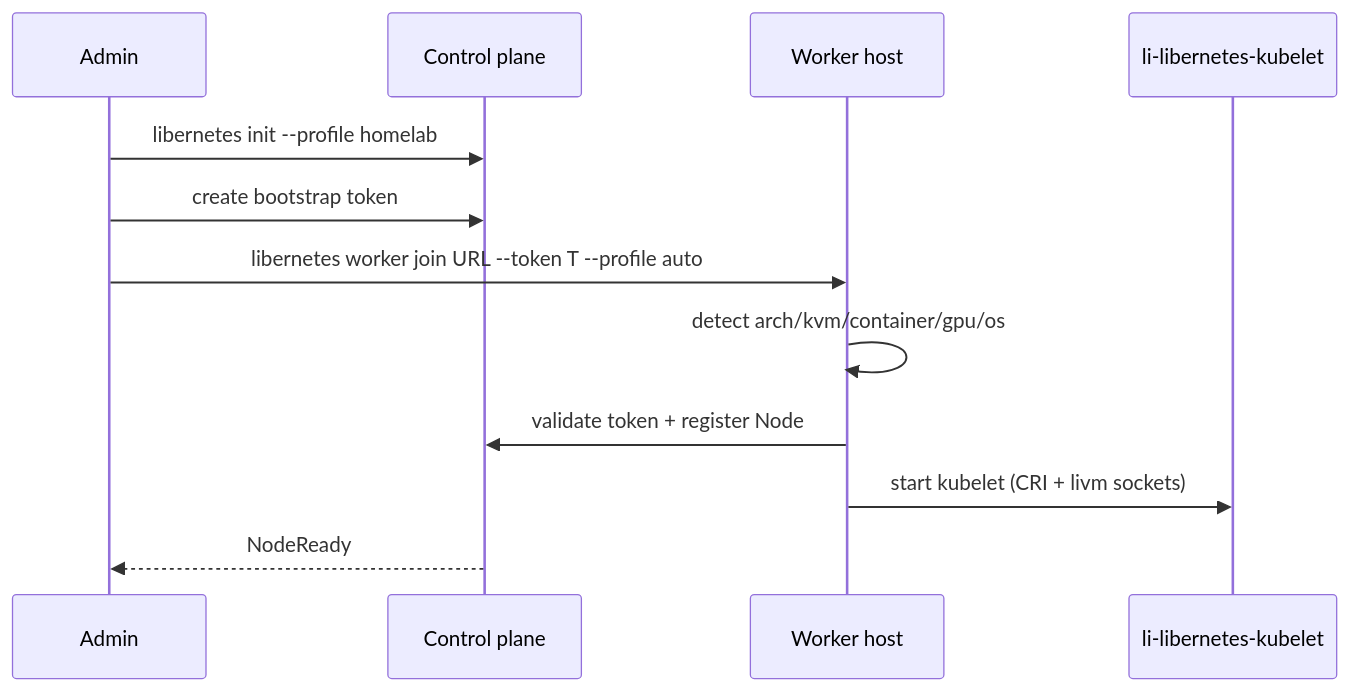
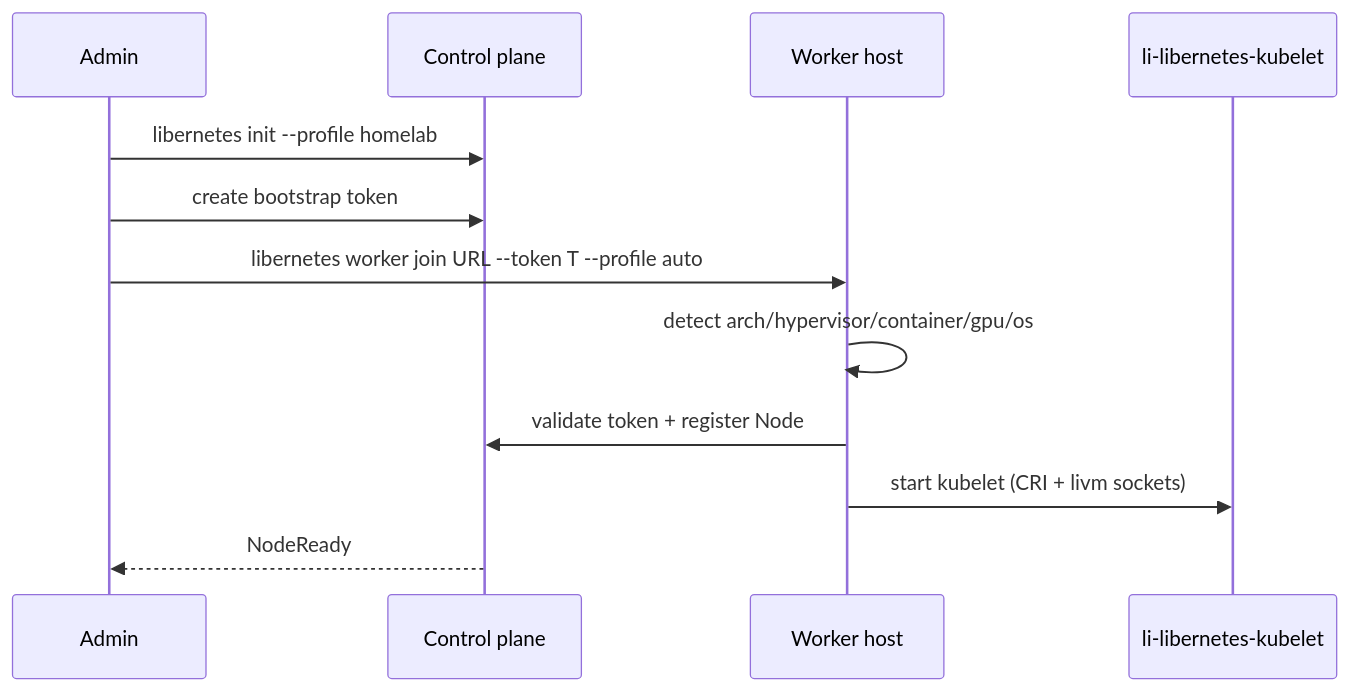
Before and after one commit to li-langverse/lic: the diagram in docs/libernetes/join-flow.md, drawn with Mermaid. The commit also changed other lines of this file and 11 other files, not shown here.

First line of the commit message:
Eradicate KVM/QEMU from libernetes target architecture in favor of Li-native hypervisor.

````diff
--- a/docs/libernetes/join-flow.md
+++ b/docs/libernetes/join-flow.md
@@ -53,15 +55,15 @@
 ```mermaid
 sequenceDiagram
   participant Admin
   participant CP as Control plane
   participant W as Worker host
   participant K as li-libernetes-kubelet
 
   Admin->>CP: libernetes init --profile homelab
   Admin->>CP: create bootstrap token
   Admin->>W: libernetes worker join URL --token T --profile auto
-  W->>W: detect arch/kvm/container/gpu/os
+  W->>W: detect arch/hypervisor/container/gpu/os
   W->>CP: validate token + register Node
   W->>K: start kubelet (CRI + livm sockets)
   CP-->>Admin: NodeReady
 ```
````
